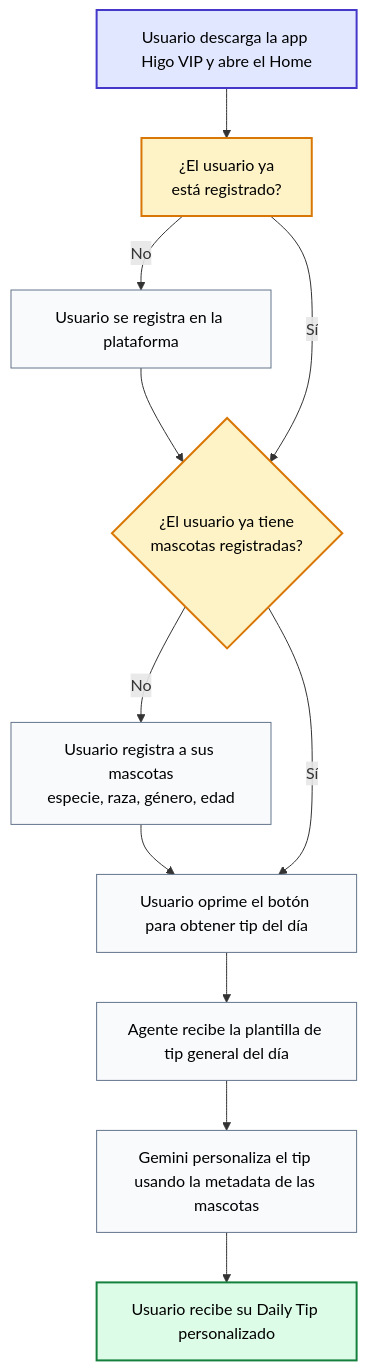
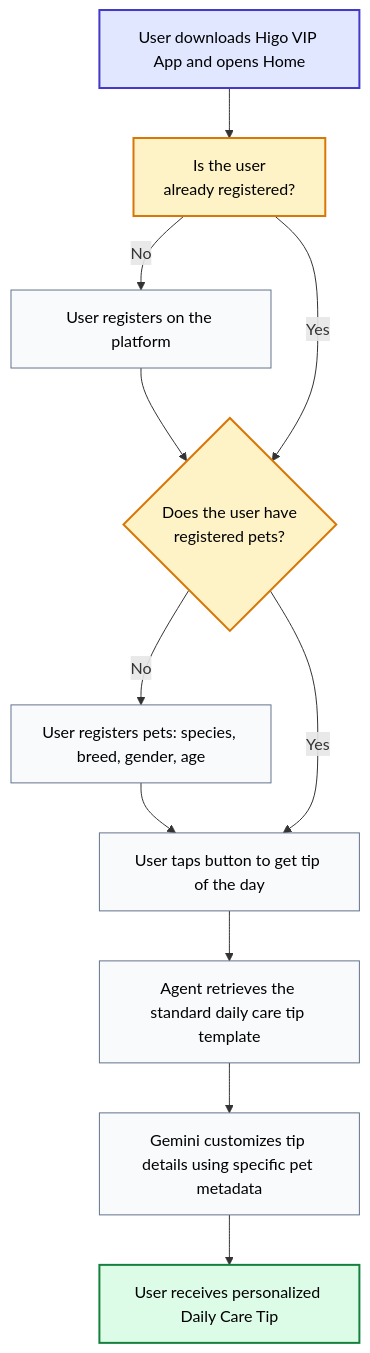
Before and after one commit to supp-higo/higo-agent: the second of 2 diagrams in README.md, drawn with Mermaid. The commit also changed other lines of this file and 2 other files, not shown here.

Commit message:
Rename HACKATON to HACKATHON; translate README
Rename HACKATON directory files to HACKATHON for correct spelling, and update README.md with English translations and wording improvements. The Mermaid flow diagrams were converted from Spanish to English (user flows, decisions, agent actions), clarified Cloud Function/Agent descriptions, and updated storage reference to Firestore. Aims to improve clarity and English localization for contributors.

````diff
--- a/README.md
+++ b/README.md
@@ -84,24 +84,24 @@
 ```mermaid
 graph TD
     %% Estilos
     classDef trigger fill:#e0e7ff,stroke:#4338ca,stroke-width:2px,color:#000;
     classDef process fill:#f8fafc,stroke:#64748b,stroke-width:1px,color:#000;
     classDef decision fill:#fef3c7,stroke:#d97706,stroke-width:2px,color:#000;
     classDef success fill:#dcfce7,stroke:#15803d,stroke-width:2px,color:#000;
 
-    A[Usuario descarga la app Higo VIP y abre el Home]:::trigger --> B[¿El usuario ya<br>está registrado?]:::decision
+    A[User downloads Higo VIP App and opens Home]:::trigger --> B[Is the user<br>already registered?]:::decision
     
-    B -- No --> C[Usuario se registra en la plataforma]:::process
-    C --> D{¿El usuario ya tiene<br>mascotas registradas?}:::decision
+    B -- No --> C[User registers on the platform]:::process
+    C --> D{Does the user have<br>registered pets?}:::decision
     
-    B -- Sí --> D
+    B -- Yes --> D
     
-    D -- No --> E[Usuario registra a sus mascotas<br>especie, raza, género, edad]:::process
-    E --> F[Usuario oprime el botón para obtener tip del día]:::process
+    D -- No --> E[User registers pets: species, breed, gender, age]:::process
+    E --> F[User taps button to get tip of the day]:::process
     
-    D -- Sí --> F
+    D -- Yes --> F
     
-    F --> G[Agente recibe la plantilla de tip general del día]:::process
-    G --> H[Gemini personaliza el tip usando la metadata de las mascotas]:::process
-    H --> I[Usuario recibe su Daily Tip personalizado]:::success
+    F --> G[Agent retrieves the standard daily care tip template]:::process
+    G --> H[Gemini customizes tip details using specific pet metadata]:::process
+    H --> I[User receives personalized Daily Care Tip]:::success
 ```
````
